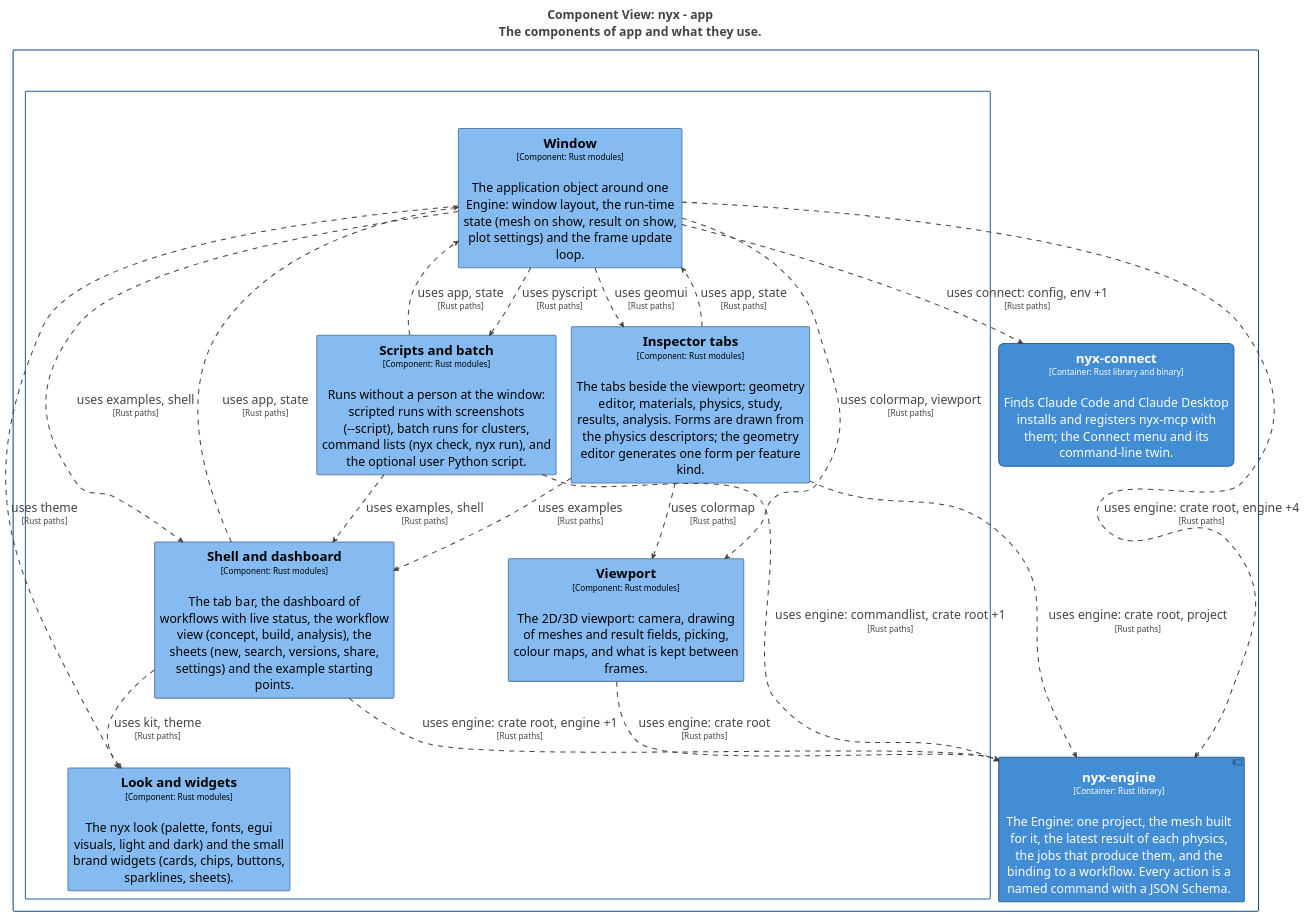
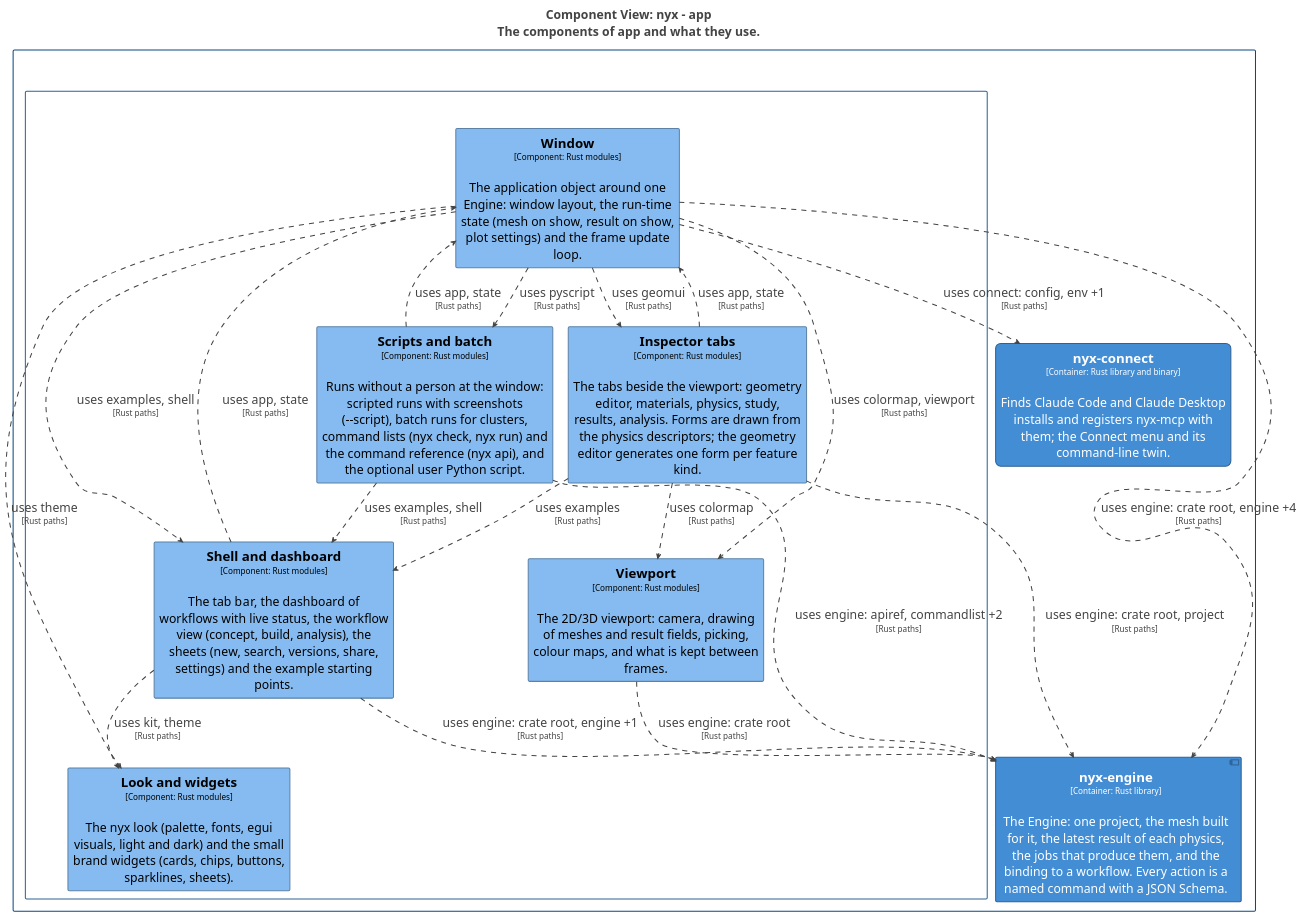
The diagram in docs/architecture/c4/export/plantuml/structurizr-Components_app.puml (p-j-r/nyx), drawn with PlantUML before and after one commit. The commit also changed 155 other files, not shown here.

```diff
--- a/docs/architecture/c4/export/plantuml/structurizr-Components_app.puml
+++ b/docs/architecture/c4/export/plantuml/structurizr-Components_app.puml
@@ -1,117 +1,117 @@
 @startuml
 title <size:24>Component View: nyx - app</size>\n<size:24>The components of app and what they use.</size>
 
 set separator none
 top to bottom direction
 skinparam ranksep 60
 skinparam nodesep 30
 hide stereotype
 
 <style>
   root {
     BackgroundColor: #ffffff;
     FontColor: #444444;
   }
   // Element,Component
   .Element-RWxlbWVudCxDb21wb25lbnQ= {
     BackgroundColor: #85bbf0;
     LineColor: #5d82a8;
     LineStyle: 0;
     LineThickness: 2;
     FontColor: #000000;
     FontSize: 24;
     HorizontalAlignment: center;
     Shadowing: 0;
     MaximumWidth: 450;
   }
   // Element,Container,Executable
   .Element-RWxlbWVudCxDb250YWluZXIsRXhlY3V0YWJsZQ== {
     BackgroundColor: #438dd5;
     LineColor: #2e6295;
     LineStyle: 0;
     LineThickness: 2;
     RoundCorner: 20;
     FontColor: #ffffff;
     FontSize: 24;
     HorizontalAlignment: center;
     Shadowing: 0;
     MaximumWidth: 450;
   }
   // Element,Container,Library
   .Element-RWxlbWVudCxDb250YWluZXIsTGlicmFyeQ== {
     BackgroundColor: #438dd5;
     LineColor: #2e6295;
     LineStyle: 0;
     LineThickness: 2;
     FontColor: #ffffff;
     FontSize: 24;
     HorizontalAlignment: center;
     Shadowing: 0;
     MaximumWidth: 450;
   }
   // Relationship
   .Relationship-UmVsYXRpb25zaGlw {
     LineThickness: 2;
     LineStyle: 10-10;
     LineColor: #444444;
     FontColor: #444444;
     FontSize: 24;
   }
   // app
   .Boundary-YXBw {
     BackgroundColor: #ffffff;
     LineColor: #2e6295;
     LineStyle: 0;
     LineThickness: 2;
     FontColor: #ffffff;
     FontSize: 24;
     HorizontalAlignment: center;
     Shadowing: 0;
   }
   // nyx
   .Boundary-bnl4 {
     BackgroundColor: #ffffff;
     LineColor: #0b4884;
     LineStyle: 0;
     LineThickness: 2;
     FontColor: #ffffff;
     FontSize: 24;
     HorizontalAlignment: center;
     Shadowing: 0;
   }
 </style>
 
 rectangle "nyx\n<size:16>[Software System]</size>" <<Boundary-bnl4>> {
   rectangle "app\n<size:16>[Container: Rust, eframe/egui]</size>" <<Boundary-YXBw>> {
     rectangle "==Viewport\n<size:16>[Component: Rust modules]</size>\n\nThe 2D/3D viewport: camera, drawing of meshes and result fields, picking, colour maps, and what is kept between frames." <<Element-RWxlbWVudCxDb21wb25lbnQ=>> as nyx.app.Viewport
     rectangle "==Look and widgets\n<size:16>[Component: Rust modules]</size>\n\nThe nyx look (palette, fonts, egui visuals, light and dark) and the small brand widgets (cards, chips, buttons, sparklines, sheets)." <<Element-RWxlbWVudCxDb21wb25lbnQ=>> as nyx.app.Lookandwidgets
-    rectangle "==Scripts and batch\n<size:16>[Component: Rust modules]</size>\n\nRuns without a person at the window: scripted runs with screenshots (--script), batch runs for clusters, command lists (nyx check, nyx run), and the optional user Python script." <<Element-RWxlbWVudCxDb21wb25lbnQ=>> as nyx.app.Scriptsandbatch
+    rectangle "==Scripts and batch\n<size:16>[Component: Rust modules]</size>\n\nRuns without a person at the window: scripted runs with screenshots (--script), batch runs for clusters, command lists (nyx check, nyx run) and the command reference (nyx api), and the optional user Python script." <<Element-RWxlbWVudCxDb21wb25lbnQ=>> as nyx.app.Scriptsandbatch
     rectangle "==Window\n<size:16>[Component: Rust modules]</size>\n\nThe application object around one Engine: window layout, the run-time state (mesh on show, result on show, plot settings) and the frame update loop." <<Element-RWxlbWVudCxDb21wb25lbnQ=>> as nyx.app.Window
     rectangle "==Shell and dashboard\n<size:16>[Component: Rust modules]</size>\n\nThe tab bar, the dashboard of workflows with live status, the workflow view (concept, build, analysis), the sheets (new, search, versions, share, settings) and the example starting points." <<Element-RWxlbWVudCxDb21wb25lbnQ=>> as nyx.app.Shellanddashboard
     rectangle "==Inspector tabs\n<size:16>[Component: Rust modules]</size>\n\nThe tabs beside the viewport: geometry editor, materials, physics, study, results, analysis. Forms are drawn from the physics descriptors; the geometry editor generates one form per feature kind." <<Element-RWxlbWVudCxDb21wb25lbnQ=>> as nyx.app.Inspectortabs
   }
 
   rectangle "==nyx-connect\n<size:16>[Container: Rust library and binary]</size>\n\nFinds Claude Code and Claude Desktop installs and registers nyx-mcp with them; the Connect menu and its command-line twin." <<Element-RWxlbWVudCxDb250YWluZXIsRXhlY3V0YWJsZQ==>> as nyx.nyxconnect
   component "==nyx-engine\n<size:16>[Container: Rust library]</size>\n\nThe Engine: one project, the mesh built for it, the latest result of each physics, the jobs that produce them, and the binding to a workflow. Every action is a named command with a JSON Schema." <<Element-RWxlbWVudCxDb250YWluZXIsTGlicmFyeQ==>> as nyx.nyxengine
 }
 
-nyx.app.Scriptsandbatch --> nyx.nyxengine <<Relationship-UmVsYXRpb25zaGlw>> : "uses engine: commandlist, crate root +1\n<size:16>[Rust paths]</size>"
+nyx.app.Scriptsandbatch --> nyx.nyxengine <<Relationship-UmVsYXRpb25zaGlw>> : "uses engine: apiref, commandlist +2\n<size:16>[Rust paths]</size>"
 nyx.app.Scriptsandbatch --> nyx.app.Shellanddashboard <<Relationship-UmVsYXRpb25zaGlw>> : "uses examples, shell\n<size:16>[Rust paths]</size>"
 nyx.app.Scriptsandbatch --> nyx.app.Window <<Relationship-UmVsYXRpb25zaGlw>> : "uses app, state\n<size:16>[Rust paths]</size>"
 nyx.app.Inspectortabs --> nyx.nyxengine <<Relationship-UmVsYXRpb25zaGlw>> : "uses engine: crate root, project\n<size:16>[Rust paths]</size>"
 nyx.app.Inspectortabs --> nyx.app.Shellanddashboard <<Relationship-UmVsYXRpb25zaGlw>> : "uses examples\n<size:16>[Rust paths]</size>"
 nyx.app.Inspectortabs --> nyx.app.Viewport <<Relationship-UmVsYXRpb25zaGlw>> : "uses colormap\n<size:16>[Rust paths]</size>"
 nyx.app.Inspectortabs --> nyx.app.Window <<Relationship-UmVsYXRpb25zaGlw>> : "uses app, state\n<size:16>[Rust paths]</size>"
 nyx.app.Shellanddashboard --> nyx.nyxengine <<Relationship-UmVsYXRpb25zaGlw>> : "uses engine: crate root, engine +1\n<size:16>[Rust paths]</size>"
 nyx.app.Shellanddashboard --> nyx.app.Lookandwidgets <<Relationship-UmVsYXRpb25zaGlw>> : "uses kit, theme\n<size:16>[Rust paths]</size>"
 nyx.app.Shellanddashboard --> nyx.app.Window <<Relationship-UmVsYXRpb25zaGlw>> : "uses app, state\n<size:16>[Rust paths]</size>"
 nyx.app.Viewport --> nyx.nyxengine <<Relationship-UmVsYXRpb25zaGlw>> : "uses engine: crate root\n<size:16>[Rust paths]</size>"
 nyx.app.Window --> nyx.nyxconnect <<Relationship-UmVsYXRpb25zaGlw>> : "uses connect: config, env +1\n<size:16>[Rust paths]</size>"
 nyx.app.Window --> nyx.nyxengine <<Relationship-UmVsYXRpb25zaGlw>> : "uses engine: crate root, engine +4\n<size:16>[Rust paths]</size>"
 nyx.app.Window --> nyx.app.Scriptsandbatch <<Relationship-UmVsYXRpb25zaGlw>> : "uses pyscript\n<size:16>[Rust paths]</size>"
 nyx.app.Window --> nyx.app.Inspectortabs <<Relationship-UmVsYXRpb25zaGlw>> : "uses geomui\n<size:16>[Rust paths]</size>"
 nyx.app.Window --> nyx.app.Shellanddashboard <<Relationship-UmVsYXRpb25zaGlw>> : "uses examples, shell\n<size:16>[Rust paths]</size>"
 nyx.app.Window --> nyx.app.Lookandwidgets <<Relationship-UmVsYXRpb25zaGlw>> : "uses theme\n<size:16>[Rust paths]</size>"
 nyx.app.Window --> nyx.app.Viewport <<Relationship-UmVsYXRpb25zaGlw>> : "uses colormap, viewport\n<size:16>[Rust paths]</size>"
 
 @enduml
```
